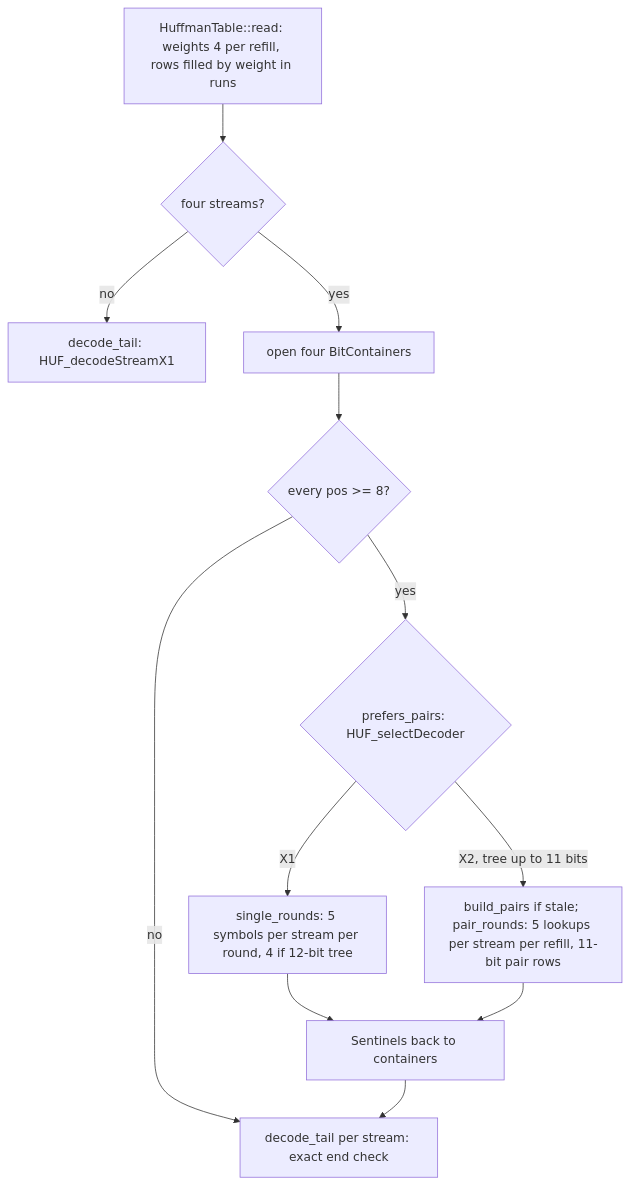
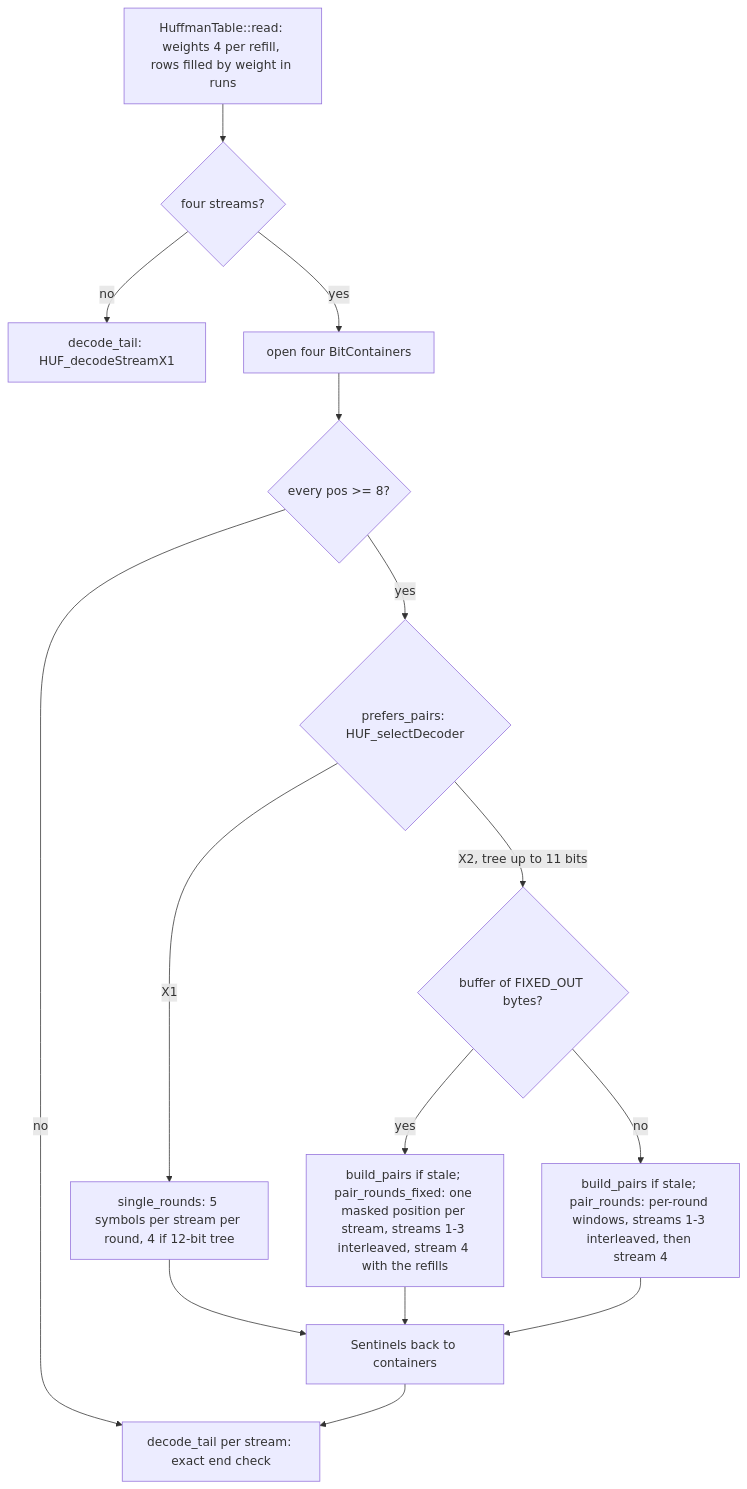
The third of 7 diagrams in architecture/decoder-performance.md (M-Compressors/mzstd), drawn with Mermaid before and after one commit. The commit also changed other lines of this file and 369 other files, not shown here.

````diff
--- a/architecture/decoder-performance.md
+++ b/architecture/decoder-performance.md
@@ -97,14 +106,17 @@
 ```mermaid
 flowchart TD
     Read["HuffmanTable::read: weights 4 per refill, rows filled by weight in runs"] --> Kind{four streams?}
     Kind -->|no| Tail1[decode_tail: HUF_decodeStreamX1]
     Kind -->|yes| Open[open four BitContainers]
     Open --> Fast{every pos >= 8?}
     Fast -->|no| Tails
     Fast -->|yes| Sel{prefers_pairs: HUF_selectDecoder}
     Sel -->|X1| Single[single_rounds: 5 symbols per stream per round, 4 if 12-bit tree]
-    Sel -->|X2, tree up to 11 bits| Pairs[build_pairs if stale; pair_rounds: 5 lookups per stream per refill, 11-bit pair rows]
+    Sel -->|X2, tree up to 11 bits| Fixed{buffer of FIXED_OUT bytes?}
+    Fixed -->|yes| PairsFixed[build_pairs if stale; pair_rounds_fixed: one masked position per stream, streams 1-3 interleaved, stream 4 with the refills]
+    Fixed -->|no| Pairs[build_pairs if stale; pair_rounds: per-round windows, streams 1-3 interleaved, then stream 4]
+    PairsFixed --> Back
     Single --> Back[Sentinels back to containers]
     Pairs --> Back
     Back --> Tails[decode_tail per stream: exact end check]
 ```
````
